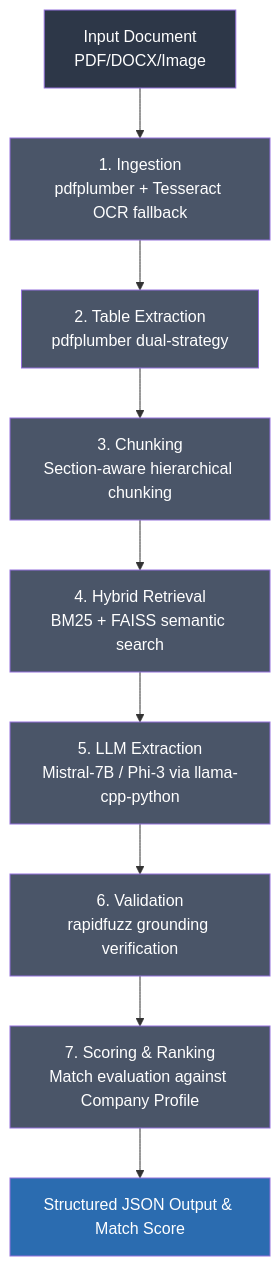
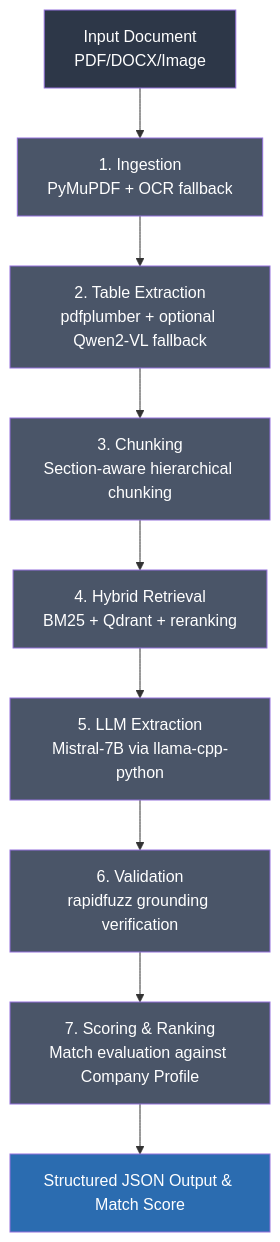
The diagram in README.md (prathameshfuke/TenderExtractPro), drawn with Mermaid before and after one commit. The commit also changed other lines of this file and 18 other files, not shown here.

````diff
--- a/README.md
+++ b/README.md
@@ -47,21 +47,21 @@
 ```mermaid
 graph TD
-    A[Input Document<br>PDF/DOCX/Image] --> B[1. Ingestion<br>pdfplumber + Tesseract OCR fallback]
-    B --> C[2. Table Extraction<br>pdfplumber dual-strategy]
+    A[Input Document<br>PDF/DOCX/Image] --> B[1. Ingestion<br>PyMuPDF + OCR fallback]
+    B --> C[2. Table Extraction<br>pdfplumber + optional Qwen2-VL fallback]
     C --> D[3. Chunking<br>Section-aware hierarchical chunking]
-    D --> E[4. Hybrid Retrieval<br>BM25 + FAISS semantic search]
-    E --> F[5. LLM Extraction<br>Mistral-7B / Phi-3 via llama-cpp-python]
+    D --> E[4. Hybrid Retrieval<br>BM25 + Qdrant + reranking]
+    E --> F[5. LLM Extraction<br>Mistral-7B via llama-cpp-python]
     F --> G[6. Validation<br>rapidfuzz grounding verification]
     G --> H[7. Scoring & Ranking<br>Match evaluation against Company Profile]
     H --> I[Structured JSON Output & Match Score]
     
     style A fill:#2d3748,color:#fff
     style I fill:#2b6cb0,color:#fff
     style B fill:#4a5568,color:#fff
     style C fill:#4a5568,color:#fff
     style D fill:#4a5568,color:#fff
     style E fill:#4a5568,color:#fff
     style F fill:#4a5568,color:#fff
     style G fill:#4a5568,color:#fff
     style H fill:#4a5568,color:#fff
 ```
````
